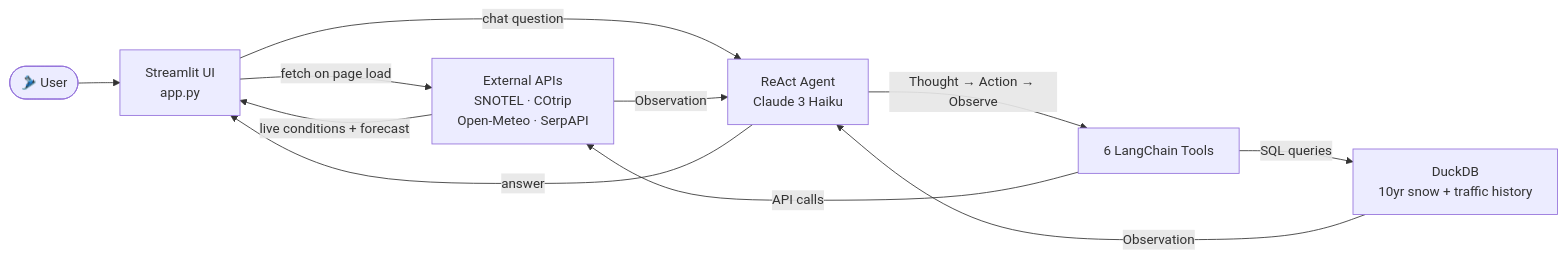
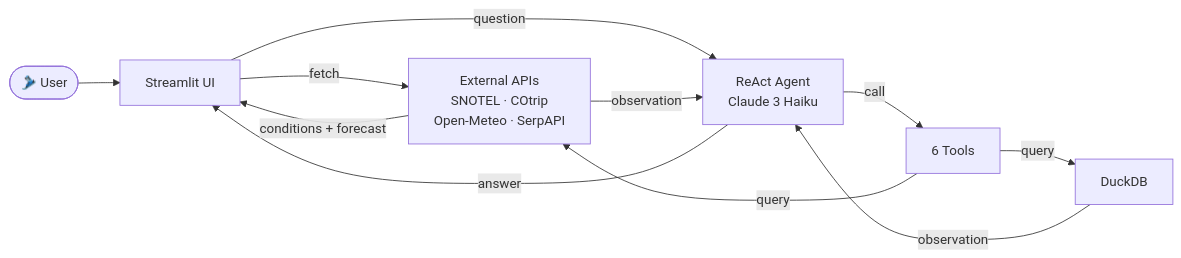
Before and after one commit to Ttopiac/colorado-powracle: the first of 2 diagrams in architecture.md, drawn with Mermaid.

Commit message:
Simplify overview diagram: shorter labels, less clutter

````diff
--- a/architecture.md
+++ b/architecture.md
@@ -5,17 +5,16 @@
 ```mermaid
 graph LR
-    User(["🎿 User"]) --> UI["Streamlit UI<br/>app.py"]
+    User(["🎿 User"]) --> UI["Streamlit UI"]
 
-    UI -->|fetch on page load| APIs["External APIs<br/>SNOTEL · COtrip<br/>Open-Meteo · SerpAPI"]
-    APIs -->|live conditions + forecast| UI
-    UI -->|chat question| Agent["ReAct Agent<br/>Claude 3 Haiku"]
+    UI -->|fetch| APIs["External APIs<br/>SNOTEL · COtrip<br/>Open-Meteo · SerpAPI"]
+    APIs -->|conditions + forecast| UI
 
-    Agent -->|Thought → Action → Observe| Tools["6 LangChain Tools"]
+    UI -->|question| Agent["ReAct Agent<br/>Claude 3 Haiku"]
+    Agent -->|answer| UI
 
-    Tools -->|API calls| APIs
-    APIs -->|Observation| Agent
-    Tools -->|SQL queries| DB["DuckDB<br/>10yr snow + traffic history"]
-    DB -->|Observation| Agent
-
-    Agent -->|answer| UI
+    Agent -->|call| Tools["6 Tools"]
+    Tools -->|query| APIs
+    Tools -->|query| DB["DuckDB"]
+    APIs -->|observation| Agent
+    DB -->|observation| Agent
 ```
````
